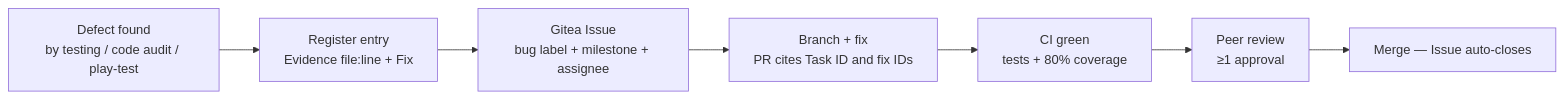
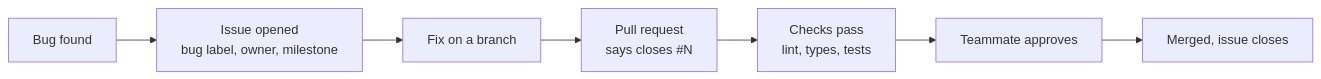
Before and after one commit to NkadimengKgothatso/-wits-quest: the diagram in docs/development/bug-tracking.md, drawn with Mermaid. The commit also changed other lines of this file and 22 other files, not shown here.

````diff
--- a/docs/development/bug-tracking.md
+++ b/docs/development/bug-tracking.md
@@ -76,9 +27,9 @@
 ```mermaid
 graph LR
-    A[Defect found<br/>by testing / code audit / play-test] --> B[Register entry<br/>Evidence file:line + Fix]
-    B --> C[Gitea Issue<br/>bug label + milestone + assignee]
-    C --> D[Branch + fix<br/>PR cites Task ID and fix IDs]
-    D --> E[CI green<br/>tests + 80% coverage]
-    E --> F[Peer review<br/>≥1 approval]
-    F --> G[Merge — Issue auto-closes]
+    A[Bug found] --> B[Issue opened<br/>bug label, owner, milestone]
+    B --> C[Fix on a branch]
+    C --> D[Pull request<br/>says closes #N]
+    D --> E[Checks pass<br/>lint, types, tests]
+    E --> F[Teammate approves]
+    F --> G[Merged, issue closes]
 ```
````
